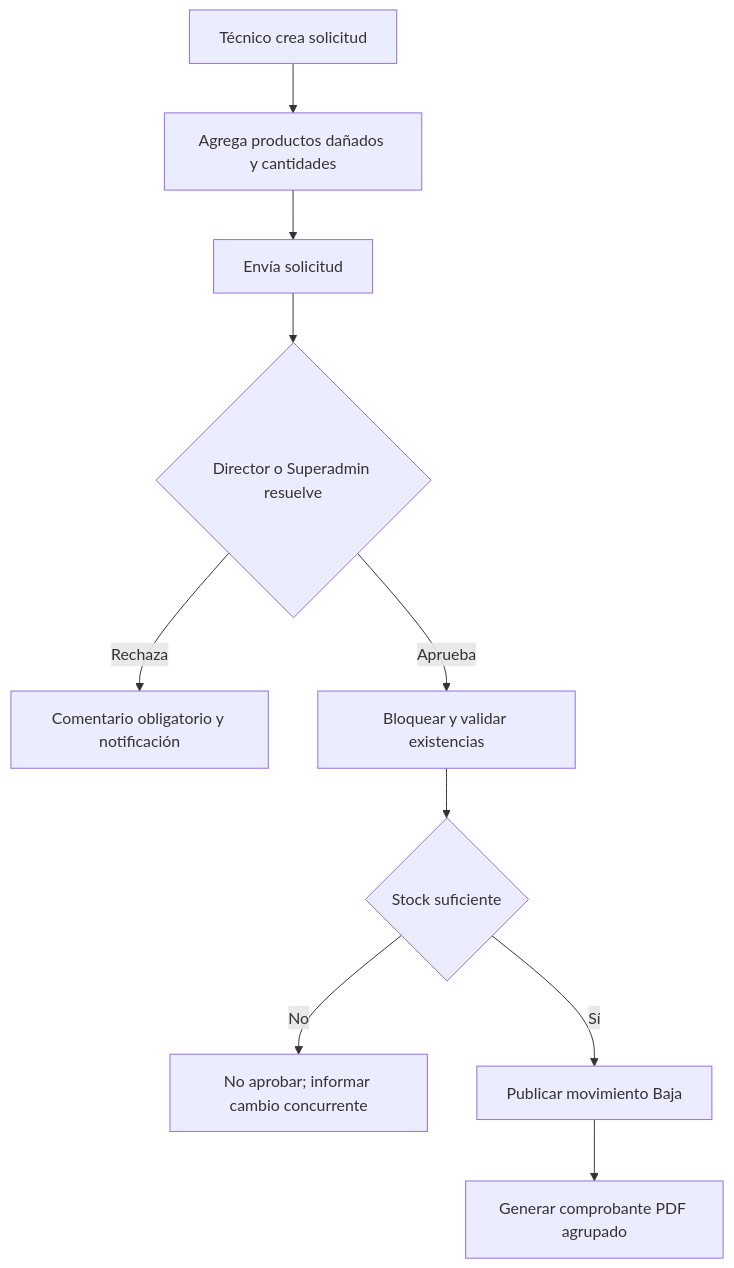
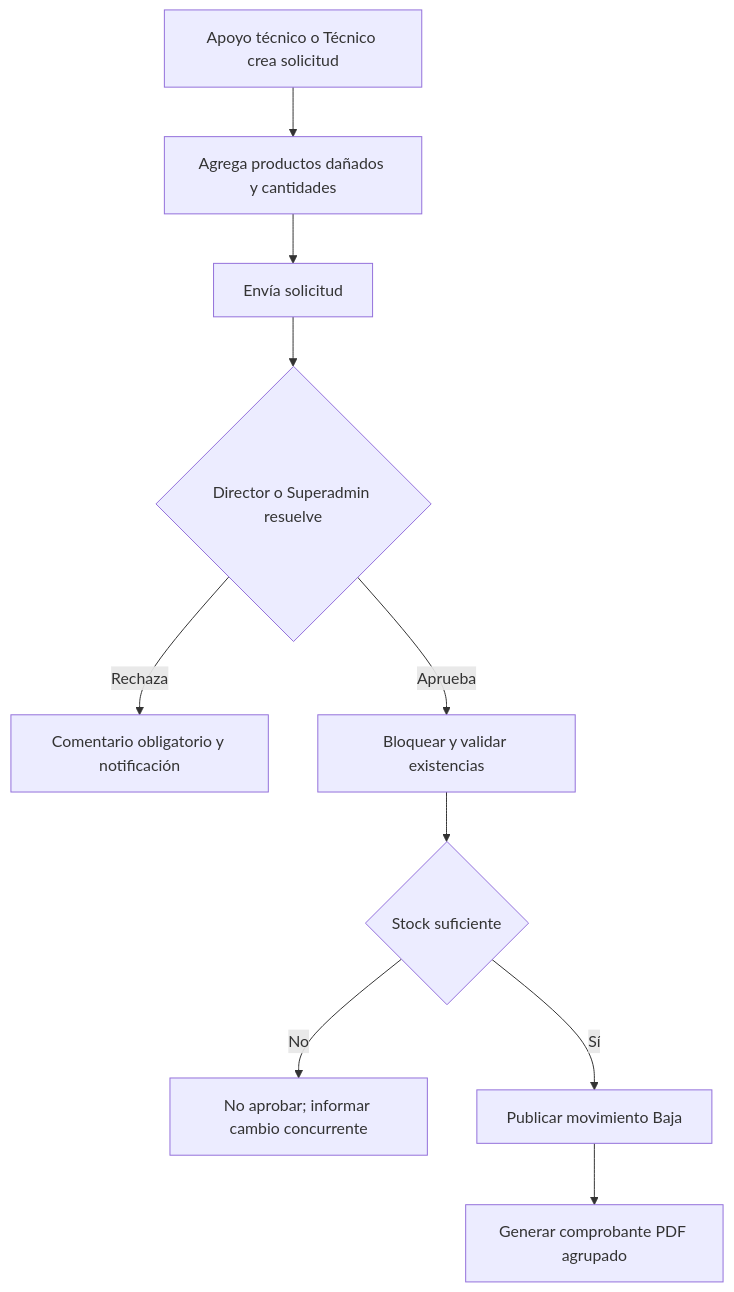
Before and after one commit to RobertoCrofford/ENTREGA-INVENTARIO-CODEX: the third of 4 diagrams in documentacion/FLUJOS-Y-CRITERIOS.md, drawn with Mermaid. The commit also changed other lines of this file and 27 other files, not shown here.

````diff
--- a/documentacion/FLUJOS-Y-CRITERIOS.md
+++ b/documentacion/FLUJOS-Y-CRITERIOS.md
@@ -151,12 +151,12 @@
 ```mermaid
 flowchart TD
-    A[Técnico crea solicitud] --> B[Agrega productos dañados y cantidades]
+    A[Apoyo técnico o Técnico crea solicitud] --> B[Agrega productos dañados y cantidades]
     B --> C[Envía solicitud]
     C --> D{Director o Superadmin resuelve}
     D -- Rechaza --> E[Comentario obligatorio y notificación]
     D -- Aprueba --> F[Bloquear y validar existencias]
     F --> G{Stock suficiente}
     G -- No --> H[No aprobar; informar cambio concurrente]
     G -- Sí --> I[Publicar movimiento Baja]
     I --> J[Generar comprobante PDF agrupado]
 ```
````
